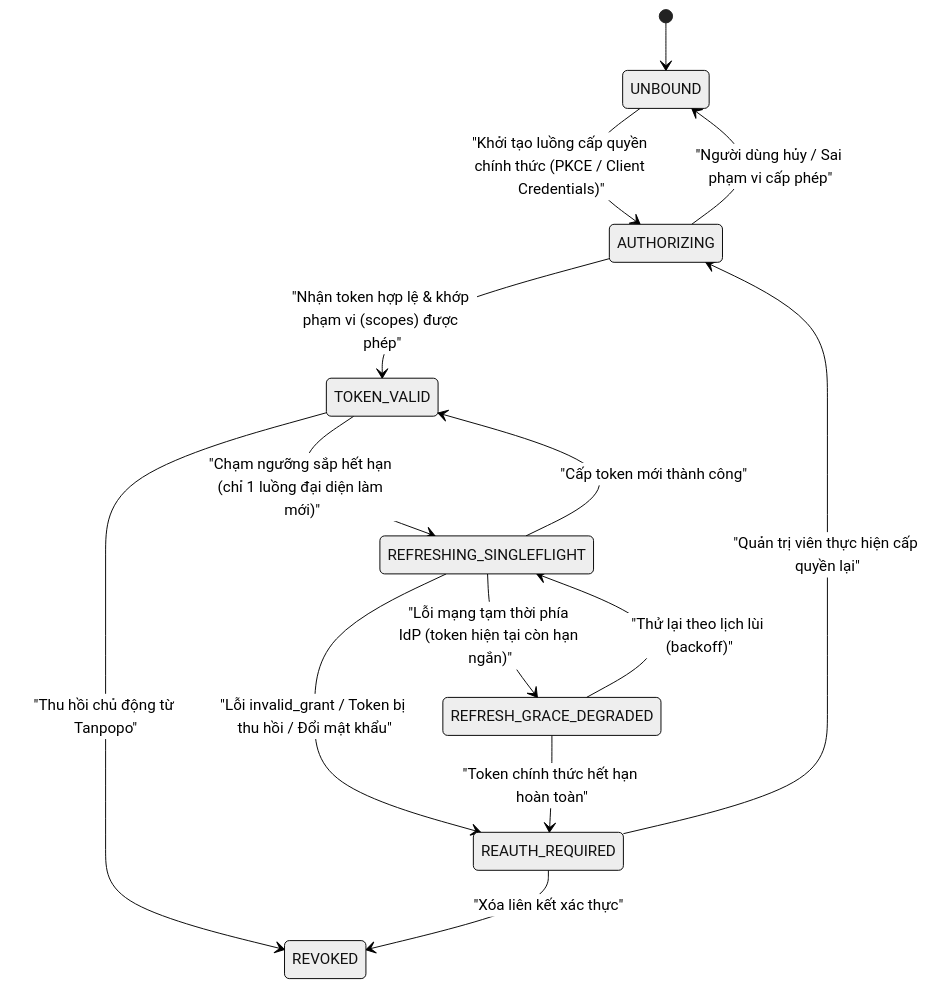
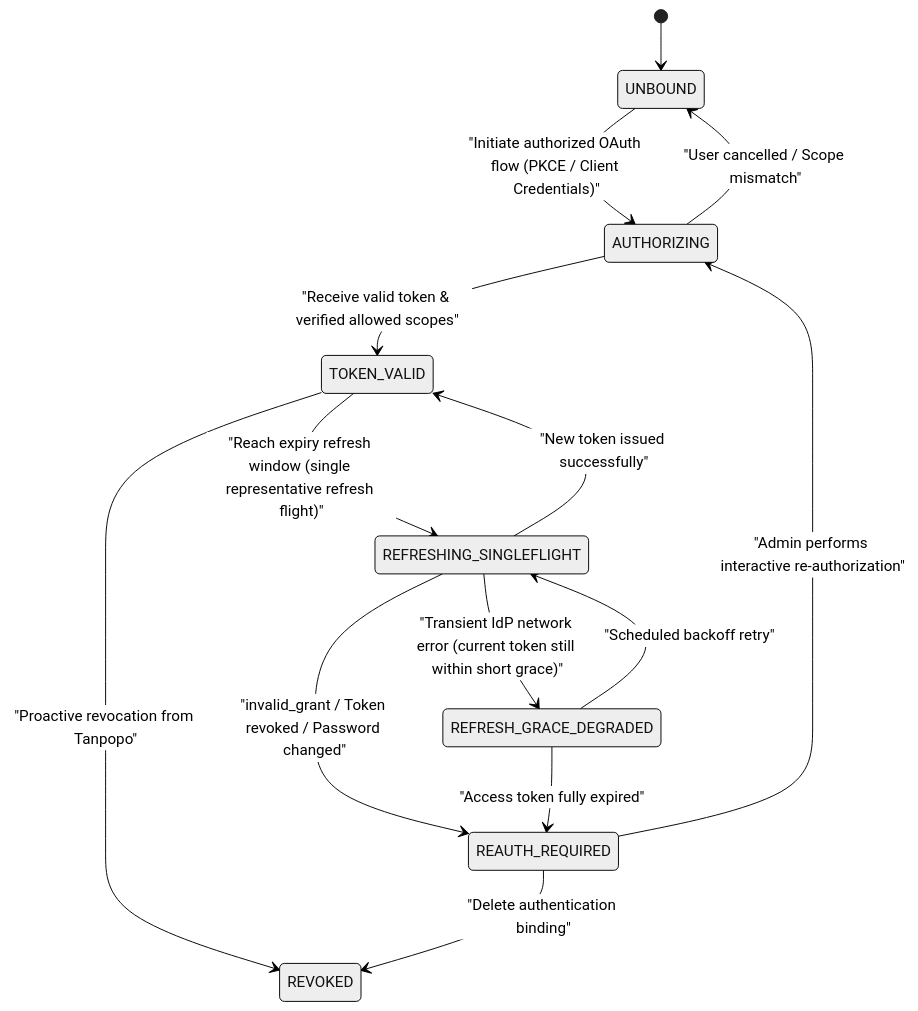
Before and after one commit to nguywnben/tanpopo: the fourth of 9 diagrams in docs/requirements/business-entity-map.md, drawn with Mermaid (neutral theme). The commit also changed other lines of this file and 111 other files, not shown here.

````diff
--- a/docs/requirements/business-entity-map.md
+++ b/docs/requirements/business-entity-map.md
@@ -148,16 +148,16 @@
 ```mermaid
 stateDiagram-v2
     [*] --> UNBOUND
-    UNBOUND --> AUTHORIZING : "Khởi tạo luồng cấp quyền chính thức (PKCE / Client Credentials)"
-    AUTHORIZING --> TOKEN_VALID : "Nhận token hợp lệ & khớp phạm vi (scopes) được phép"
-    AUTHORIZING --> UNBOUND : "Người dùng hủy / Sai phạm vi cấp phép"
-    TOKEN_VALID --> REFRESHING_SINGLEFLIGHT : "Chạm ngưỡng sắp hết hạn (chỉ 1 luồng đại diện làm mới)"
-    REFRESHING_SINGLEFLIGHT --> TOKEN_VALID : "Cấp token mới thành công"
-    REFRESHING_SINGLEFLIGHT --> REFRESH_GRACE_DEGRADED : "Lỗi mạng tạm thời phía IdP (token hiện tại còn hạn ngắn)"
-    REFRESH_GRACE_DEGRADED --> REFRESHING_SINGLEFLIGHT : "Thử lại theo lịch lùi (backoff)"
-    REFRESHING_SINGLEFLIGHT --> REAUTH_REQUIRED : "Lỗi invalid_grant / Token bị thu hồi / Đổi mật khẩu"
-    REFRESH_GRACE_DEGRADED --> REAUTH_REQUIRED : "Token chính thức hết hạn hoàn toàn"
-    REAUTH_REQUIRED --> AUTHORIZING : "Quản trị viên thực hiện cấp quyền lại"
-    TOKEN_VALID --> REVOKED : "Thu hồi chủ động từ Tanpopo"
-    REAUTH_REQUIRED --> REVOKED : "Xóa liên kết xác thực"
+    UNBOUND --> AUTHORIZING : "Initiate authorized OAuth flow (PKCE / Client Credentials)"
+    AUTHORIZING --> TOKEN_VALID : "Receive valid token & verified allowed scopes"
+    AUTHORIZING --> UNBOUND : "User cancelled / Scope mismatch"
+    TOKEN_VALID --> REFRESHING_SINGLEFLIGHT : "Reach expiry refresh window (single representative refresh flight)"
+    REFRESHING_SINGLEFLIGHT --> TOKEN_VALID : "New token issued successfully"
+    REFRESHING_SINGLEFLIGHT --> REFRESH_GRACE_DEGRADED : "Transient IdP network error (current token still within short grace)"
+    REFRESH_GRACE_DEGRADED --> REFRESHING_SINGLEFLIGHT : "Scheduled backoff retry"
+    REFRESHING_SINGLEFLIGHT --> REAUTH_REQUIRED : "invalid_grant / Token revoked / Password changed"
+    REFRESH_GRACE_DEGRADED --> REAUTH_REQUIRED : "Access token fully expired"
+    REAUTH_REQUIRED --> AUTHORIZING : "Admin performs interactive re-authorization"
+    TOKEN_VALID --> REVOKED : "Proactive revocation from Tanpopo"
+    REAUTH_REQUIRED --> REVOKED : "Delete authentication binding"
 ```
````
